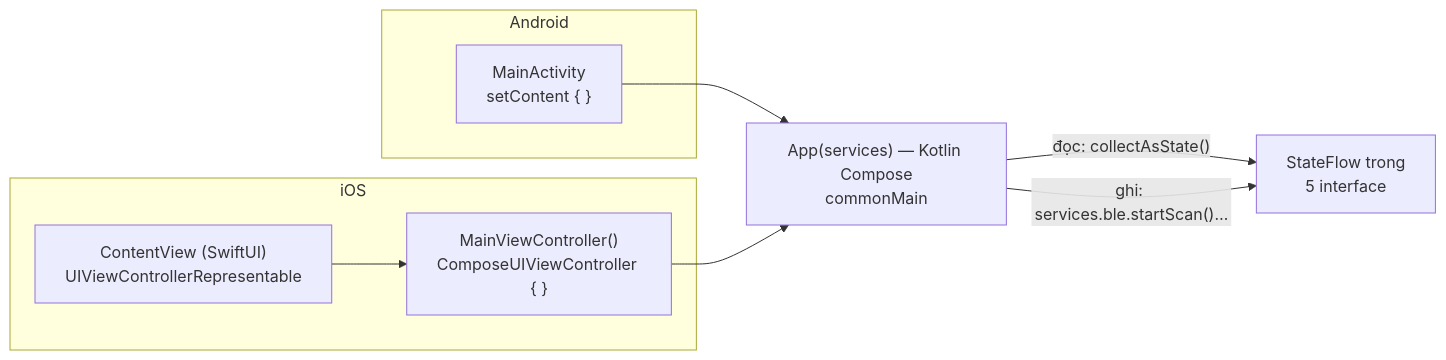
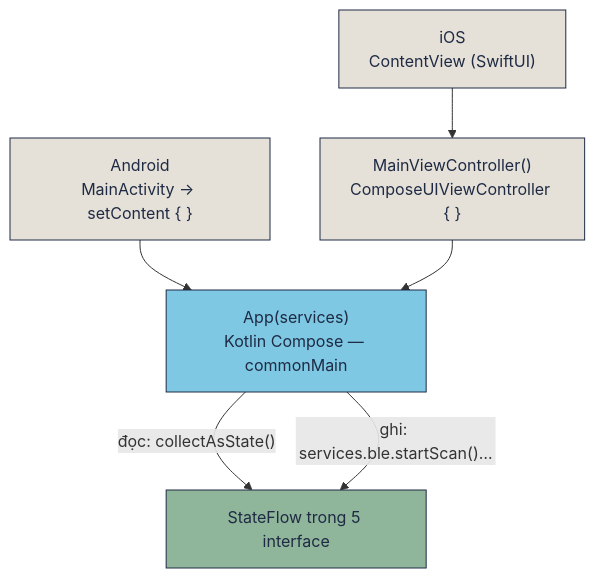
Before and after one commit to tucarmd/kotlin-multi-platform: the fifth of 5 diagrams in docs/README-KMP-HOW-IT-WORKS.md, drawn with Mermaid. The commit also changed other lines of this file and 18 other files, not shown here.

````diff
--- a/docs/README-KMP-HOW-IT-WORKS.md
+++ b/docs/README-KMP-HOW-IT-WORKS.md
@@ -198,13 +210,15 @@
 ```mermaid
-flowchart LR
-    subgraph Android
-        MA["MainActivity<br/>setContent { }"]
-    end
-    subgraph iOS
-        CV["ContentView (SwiftUI)<br/>UIViewControllerRepresentable"] --> MVC["MainViewController()<br/>ComposeUIViewController { }"]
-    end
-    MA --> APP["App(services) — Kotlin Compose<br/>commonMain"]
+flowchart TB
+    MA["Android<br/>MainActivity → setContent { }"]
+    CV["iOS<br/>ContentView (SwiftUI)"] --> MVC["MainViewController()<br/>ComposeUIViewController { }"]
+    MA --> APP["App(services)<br/>Kotlin Compose — commonMain"]
     MVC --> APP
-    APP -- "đọc: collectAsState()" --> SF["StateFlow trong<br/>5 interface"]
+    APP -- "đọc: collectAsState()" --> SF["StateFlow trong 5 interface"]
     APP -- "ghi: services.ble.startScan()…" --> SF
+    classDef shell fill:#e5e1d8,stroke:#1F2A44,color:#1F2A44
+    classDef ui fill:#7EC8E3,stroke:#1F2A44,color:#1F2A44
+    classDef kmp fill:#8FB59A,stroke:#1F2A44,color:#1F2A44
+    class MA,CV,MVC shell
+    class APP ui
+    class SF kmp
 ```
````
